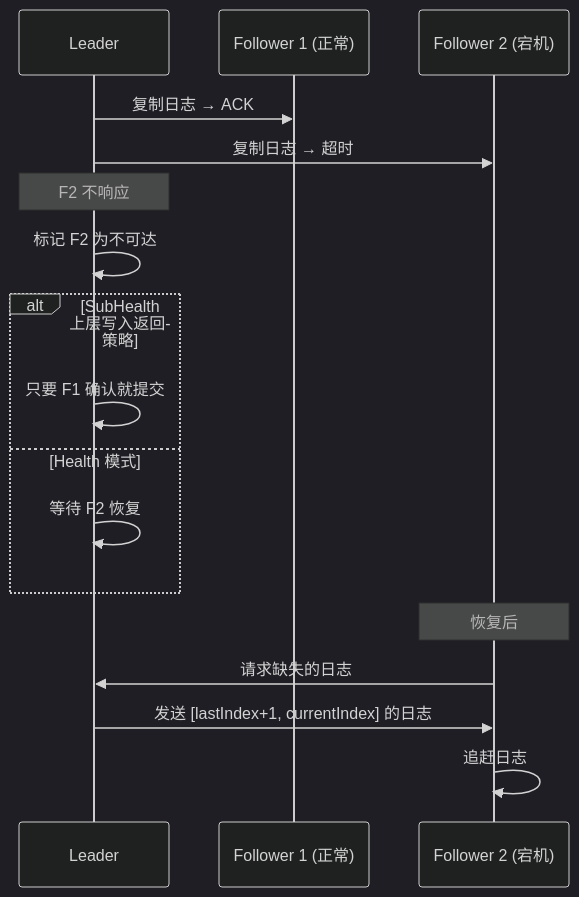
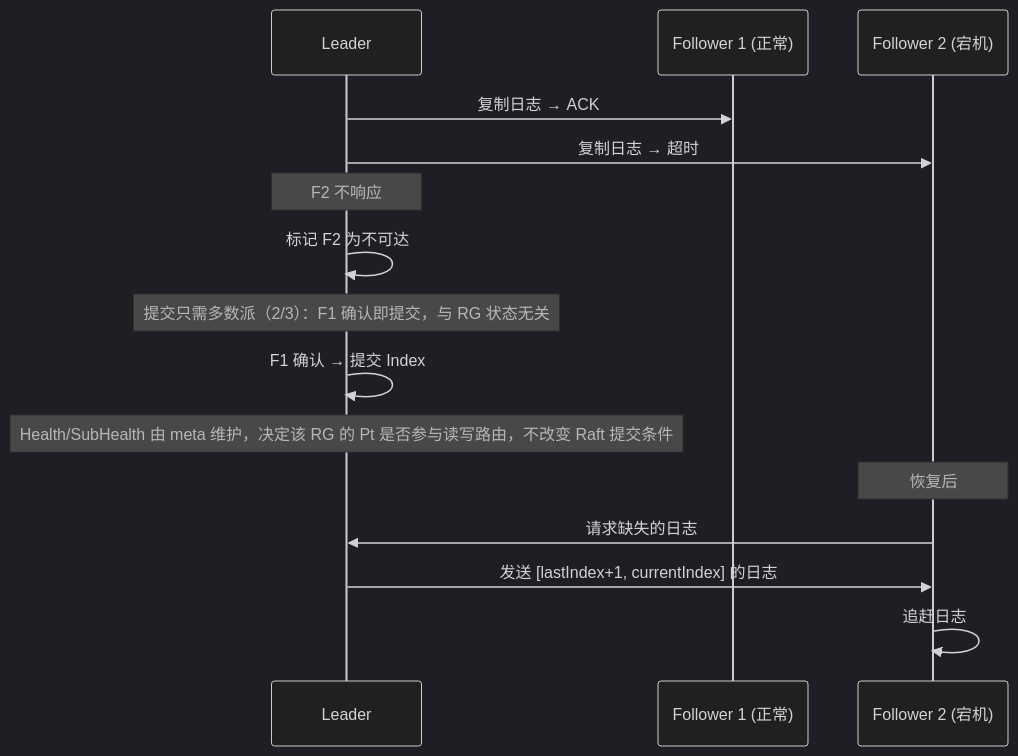
Diagram 11 of 11 in docs/specs/15_raft_partition_consensus_spec.md (stefanv5/openGemini), drawn with Mermaid (dark theme) before and after one commit. The commit also changed other lines of this file and 37 other files, not shown here.

````diff
--- a/docs/specs/15_raft_partition_consensus_spec.md
+++ b/docs/specs/15_raft_partition_consensus_spec.md
@@ -772,23 +899,21 @@
 ```mermaid
 sequenceDiagram
     participant Leader as Leader
     participant F1 as Follower 1 (正常)
     participant F2 as Follower 2 (宕机)
 
     Leader->>F1: 复制日志 → ACK
     Leader->>F2: 复制日志 → 超时
 
     Note over Leader: F2 不响应
     Leader->>Leader: 标记 F2 为不可达
 
-    alt SubHealth 上层写入返回策略
-        Leader->>Leader: 只要 F1 确认就提交
-    else Health 模式
-        Leader->>Leader: 等待 F2 恢复
-    end
+    Note over Leader: 提交只需多数派（2/3）：F1 确认即提交，与 RG 状态无关
+    Leader->>Leader: F1 确认 → 提交 Index
+    Note over Leader: Health/SubHealth 由 meta 维护，决定该 RG 的 Pt 是否参与读写路由，不改变 Raft 提交条件
 
     Note over F2: 恢复后
     F2->>Leader: 请求缺失的日志
     Leader->>F2: 发送 [lastIndex+1, currentIndex] 的日志
     F2->>F2: 追赶日志
 ```
````
